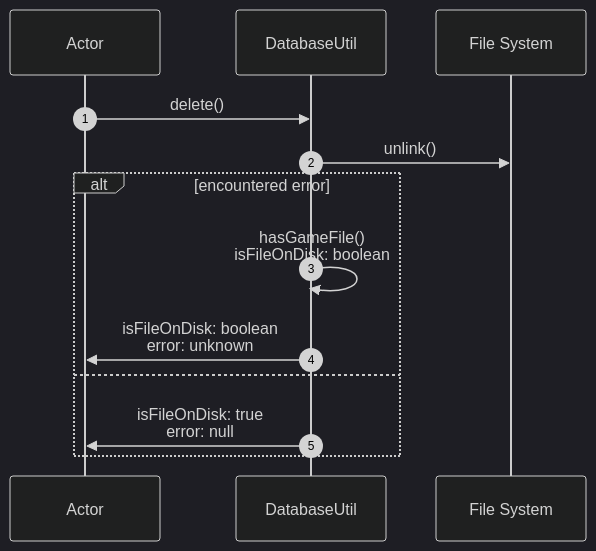
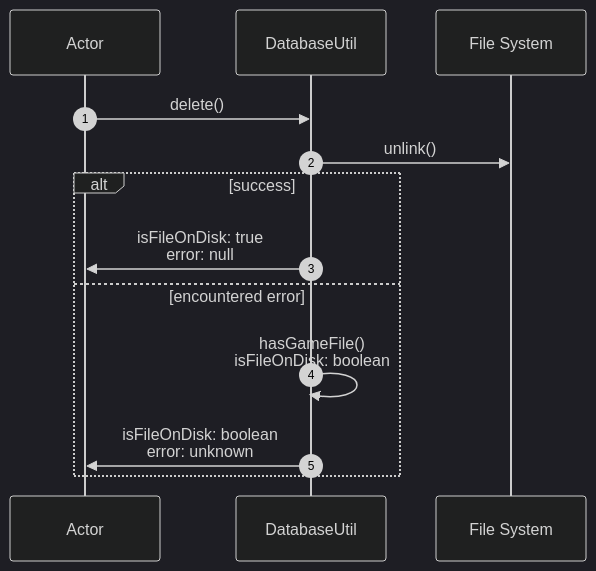
Before and after one commit to normal-devs/klicker-knight: the first of 4 diagrams in docs/architecture/databaseUtil.md, drawn with Mermaid (dark theme). The commit also changed other lines of this file and 1 other file, not shown here.

Commit message:
Swap mermaid alt and else to have expected situation on top

````diff
--- a/docs/architecture/databaseUtil.md
+++ b/docs/architecture/databaseUtil.md
@@ -11,17 +11,17 @@
 ```mermaid
 sequenceDiagram
   autonumber
   participant A as Actor
   participant D as DatabaseUtil
   participant F as File System
 
   A ->> D: delete()
   D ->> F: unlink()
 
-  alt encountered error
+  alt success
+    D ->> A: isFileOnDisk: true <br> error: null
+  else encountered error
     D ->> D: hasGameFile() <br> isFileOnDisk: boolean
     D ->> A: isFileOnDisk: boolean <br> error: unknown
-  else
-    D ->> A: isFileOnDisk: true <br> error: null
   end
 ```
````
